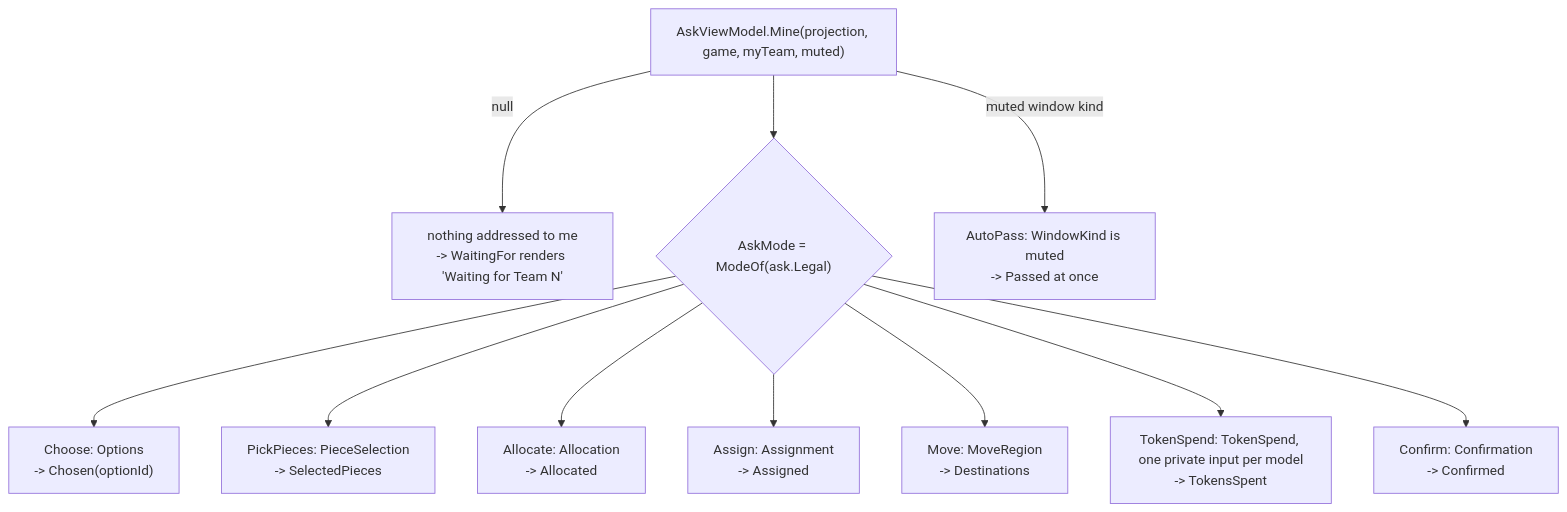
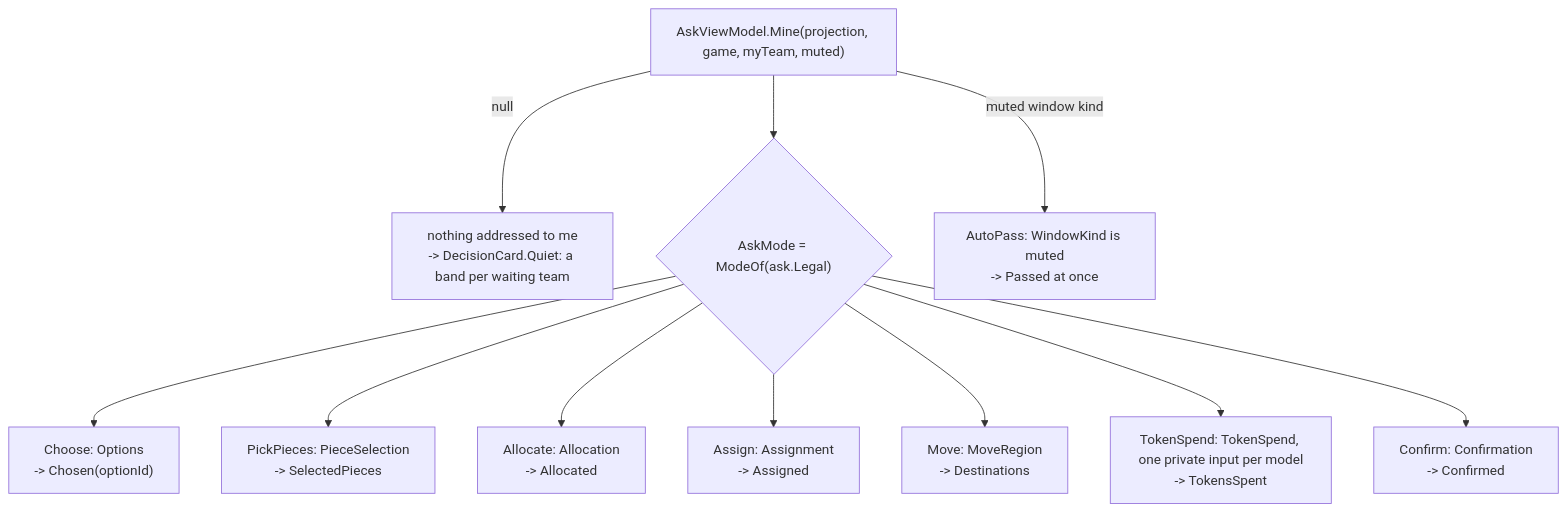
Before and after one commit to cstupi/tabletop: the diagram in docs/design/client/play-screen.md, drawn with Mermaid. The commit also changed other lines of this file and 73 other files, not shown here.

First line of the commit message:
Decision box: one card per Ask, tiles grouped by unit, the allowance bar, a quiet band for another team's Ask

````diff
--- a/docs/design/client/play-screen.md
+++ b/docs/design/client/play-screen.md
@@ -112,25 +113,25 @@
 ```mermaid
 flowchart TD
   mine["AskViewModel.Mine(projection, game, myTeam, muted)"]
-  none["nothing addressed to me<br/>-> WaitingFor renders 'Waiting for Team N'"]
+  none["nothing addressed to me<br/>-> DecisionCard.Quiet: a band per waiting team"]
   legal{"AskMode = ModeOf(ask.Legal)"}
   choose["Choose: Options<br/>-> Chosen(optionId)"]
   pick["PickPieces: PieceSelection<br/>-> SelectedPieces"]
   alloc["Allocate: Allocation<br/>-> Allocated"]
   assign["Assign: Assignment<br/>-> Assigned"]
   move["Move: MoveRegion<br/>-> Destinations"]
   spend["TokenSpend: TokenSpend, one private input per model<br/>-> TokensSpent"]
   confirm["Confirm: Confirmation<br/>-> Confirmed"]
   autopass["AutoPass: WindowKind is muted<br/>-> Passed at once"]
 
   mine -- "null" --> none
   mine -- "muted window kind" --> autopass
   mine --> legal
   legal --> choose
   legal --> pick
   legal --> alloc
   legal --> assign
   legal --> move
   legal --> spend
   legal --> confirm
 ```
````
